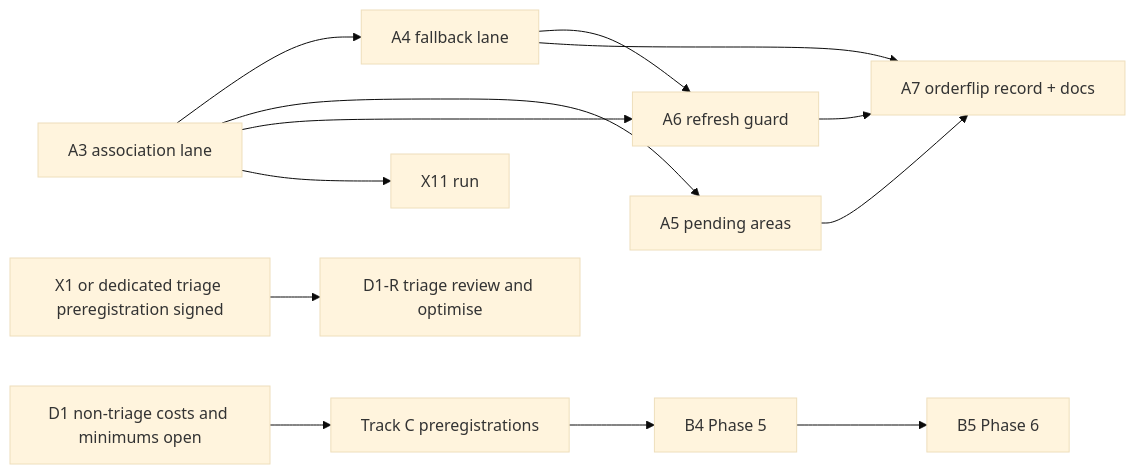
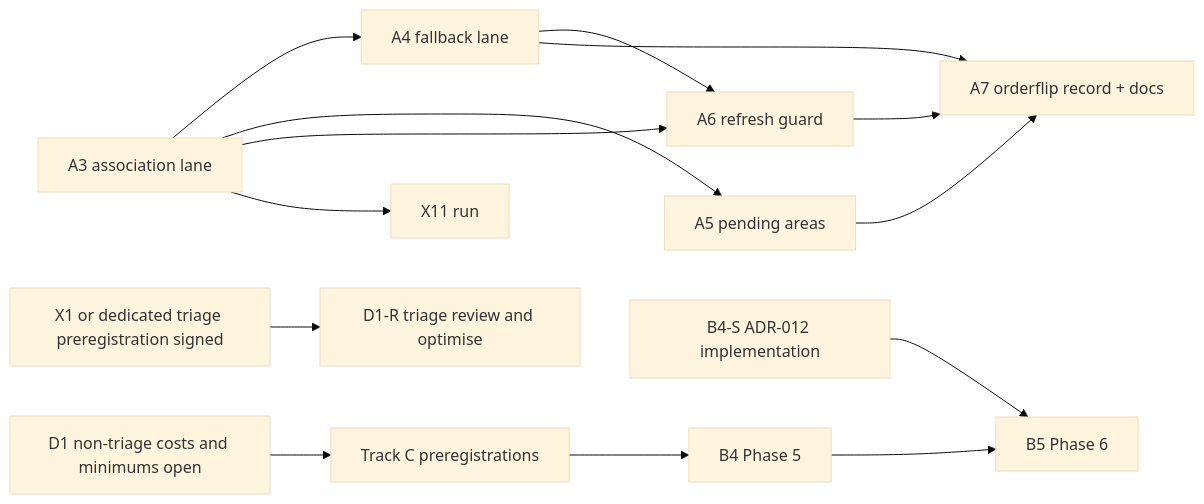
One commit to adam-jackson-cf/scout changed the diagram in docs/plans/2026-11-06-remaining-work.md. Above: the diagram before and after it, drawn with Mermaid (base theme). The commit also changed other lines of this file and 41 other files, not shown here.

````diff
--- a/docs/plans/2026-11-06-remaining-work.md
+++ b/docs/plans/2026-11-06-remaining-work.md
@@ -22,15 +22,16 @@
 ```mermaid
 flowchart LR
   A3[A3 association lane] --> A4[A4 fallback lane]
   A3 --> A5[A5 pending areas]
   A4 --> A6[A6 refresh guard]
   A3 --> A6
   A4 --> A7[A7 orderflip record + docs]
   A5 --> A7
   A6 --> A7
   C[Track C preregistrations] --> B4[B4 Phase 5]
   D1[D1 non-triage costs and minimums open] --> C
   X1P[X1 or dedicated triage preregistration signed] --> D1R[D1-R triage review and optimise]
   B4 --> B5[B5 Phase 6]
+  B4S[B4-S ADR-012 implementation] --> B5
   A3 --> X11[X11 run]
 ```
````
